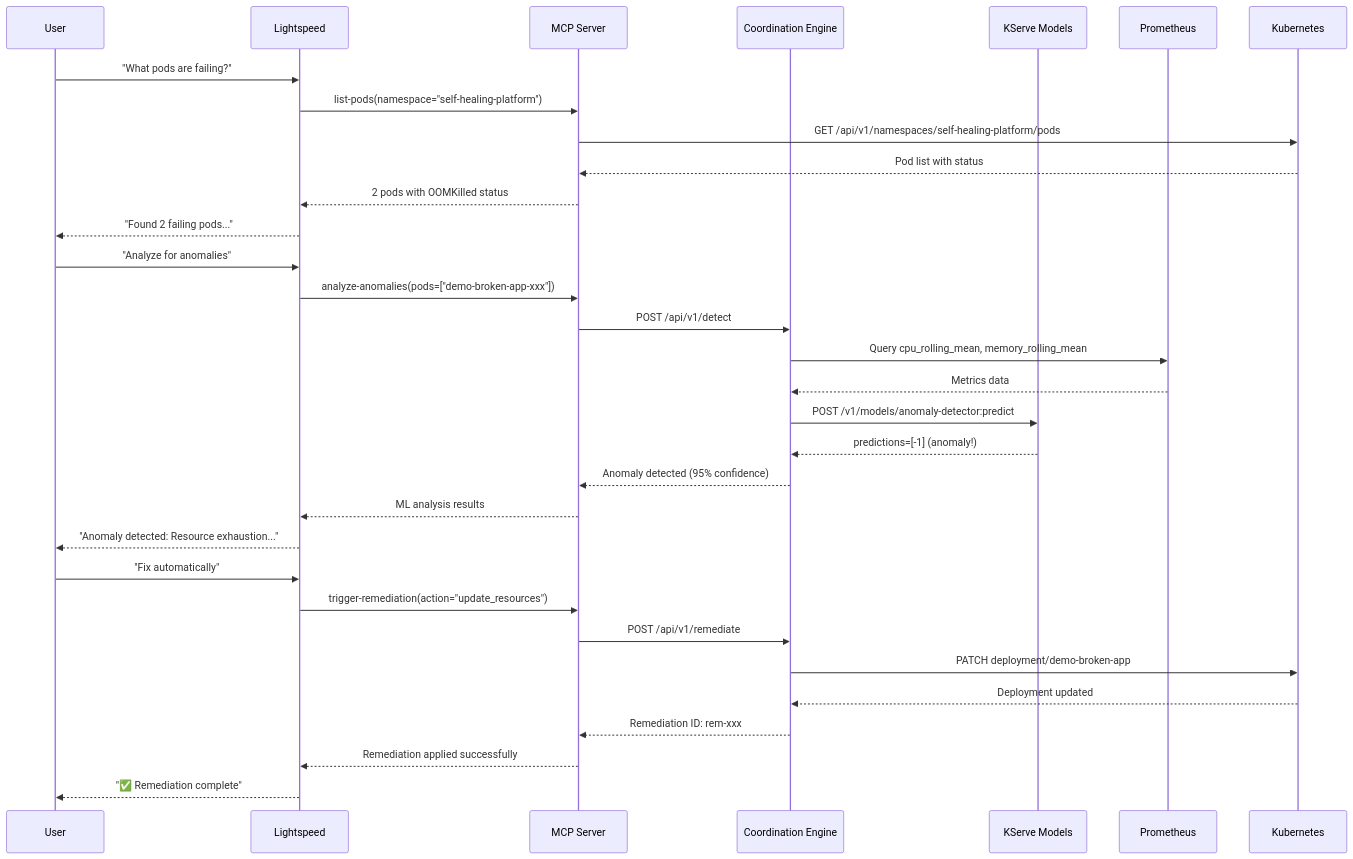
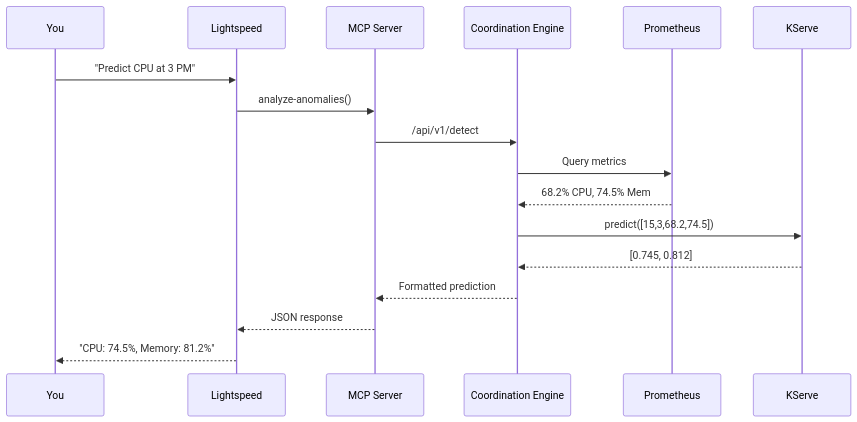
One commit to tosin2013/openshift-aiops-platform changed the diagram in docs/blog/end-to-end-self-healing-with-lightspeed.md. Above: the diagram before and after it, drawn with Mermaid. The commit also changed other lines of this file, not shown here.

First line of the commit message:
docs(blog): Simplify Lightspeed guide to focus on interaction

````diff
--- a/docs/blog/end-to-end-self-healing-with-lightspeed.md
+++ b/docs/blog/end-to-end-self-healing-with-lightspeed.md
@@ -436,37 +633,13 @@
 ```mermaid
 sequenceDiagram
-    participant User
-    participant Lightspeed
-    participant MCP Server
-    participant Coordination Engine
-    participant KServe Models
-    participant Prometheus
-    participant Kubernetes
-
-    User->>Lightspeed: "What pods are failing?"
-    Lightspeed->>MCP Server: list-pods(namespace="self-healing-platform")
-    MCP Server->>Kubernetes: GET /api/v1/namespaces/self-healing-platform/pods
-    Kubernetes-->>MCP Server: Pod list with status
-    MCP Server-->>Lightspeed: 2 pods with OOMKilled status
-    Lightspeed-->>User: "Found 2 failing pods..."
-
-    User->>Lightspeed: "Analyze for anomalies"
-    Lightspeed->>MCP Server: analyze-anomalies(pods=["demo-broken-app-xxx"])
-    MCP Server->>Coordination Engine: POST /api/v1/detect
-    Coordination Engine->>Prometheus: Query cpu_rolling_mean, memory_rolling_mean
-    Prometheus-->>Coordination Engine: Metrics data
-    Coordination Engine->>KServe Models: POST /v1/models/anomaly-detector:predict
-    KServe Models-->>Coordination Engine: predictions=[-1] (anomaly!)
-    Coordination Engine-->>MCP Server: Anomaly detected (95% confidence)
-    MCP Server-->>Lightspeed: ML analysis results
-    Lightspeed-->>User: "Anomaly detected: Resource exhaustion..."
-
-    User->>Lightspeed: "Fix automatically"
-    Lightspeed->>MCP Server: trigger-remediation(action="update_resources")
-    MCP Server->>Coordination Engine: POST /api/v1/remediate
-    Coordination Engine->>Kubernetes: PATCH deployment/demo-broken-app
-    Kubernetes-->>Coordination Engine: Deployment updated
-    Coordination Engine-->>MCP Server: Remediation ID: rem-xxx
-    MCP Server-->>Lightspeed: Remediation applied successfully
-    Lightspeed-->>User: "✅ Remediation complete"
+    You->>Lightspeed: "Predict CPU at 3 PM"
+    Lightspeed->>MCP Server: analyze-anomalies()
+    MCP Server->>Coordination Engine: /api/v1/detect
+    Coordination Engine->>Prometheus: Query metrics
+    Prometheus-->>Coordination Engine: 68.2% CPU, 74.5% Mem
+    Coordination Engine->>KServe: predict([15,3,68.2,74.5])
+    KServe-->>Coordination Engine: [0.745, 0.812]
+    Coordination Engine-->>MCP Server: Formatted prediction
+    MCP Server-->>Lightspeed: JSON response
+    Lightspeed-->>You: "CPU: 74.5%, Memory: 81.2%"
 ```
````
